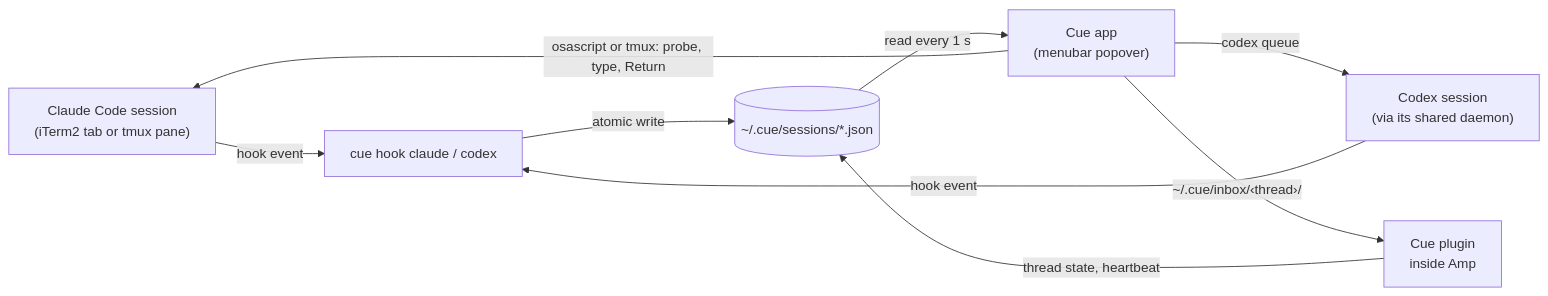
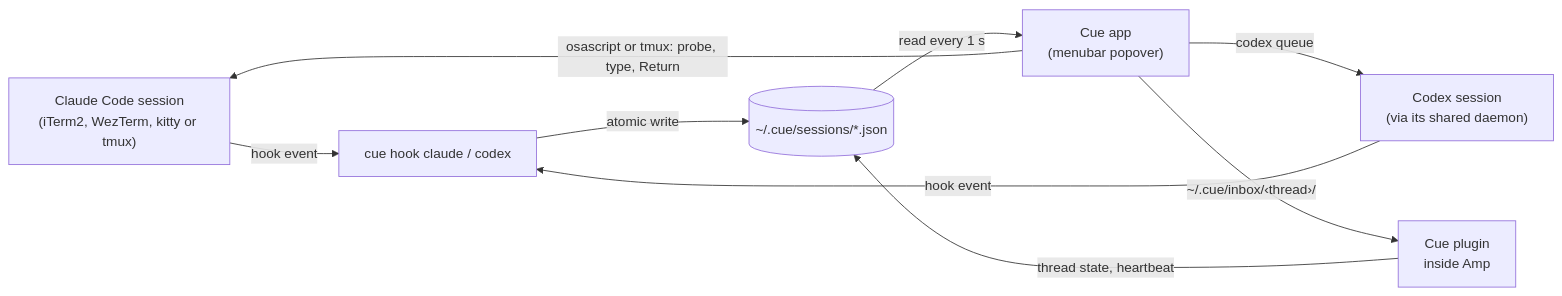
One commit to haikelz/cue changed the first of 3 diagrams in docs/architecture.md. Above: the diagram before and after it, drawn with Mermaid. The commit also changed other lines of this file and 5 other files, not shown here.

First line of the commit message:
docs: describe WezTerm and kitty, Open for Codex and Ghostty, releases, and draft clearing

````diff
--- a/docs/architecture.md
+++ b/docs/architecture.md
@@ -5,11 +5,11 @@
 ```mermaid
 flowchart LR
-    C["Claude Code session<br/>(iTerm2 tab or tmux pane)"] -- "hook event" --> H["cue hook claude / codex"]
+    C["Claude Code session<br/>(iTerm2, WezTerm, kitty or tmux)"] -- "hook event" --> H["cue hook claude / codex"]
     X["Codex session<br/>(via its shared daemon)"] -- "hook event" --> H
     P["Cue plugin<br/>inside Amp"] -- "thread state, heartbeat" --> F
     H -- "atomic write" --> F[("~/.cue/sessions/*.json")]
     F -- "read every 1 s" --> A["Cue app<br/>(menubar popover)"]
     A -- "osascript or tmux: probe, type, Return" --> C
     A -- "codex queue" --> X
     A -- "~/.cue/inbox/‹thread›/" --> P
 ```
````
